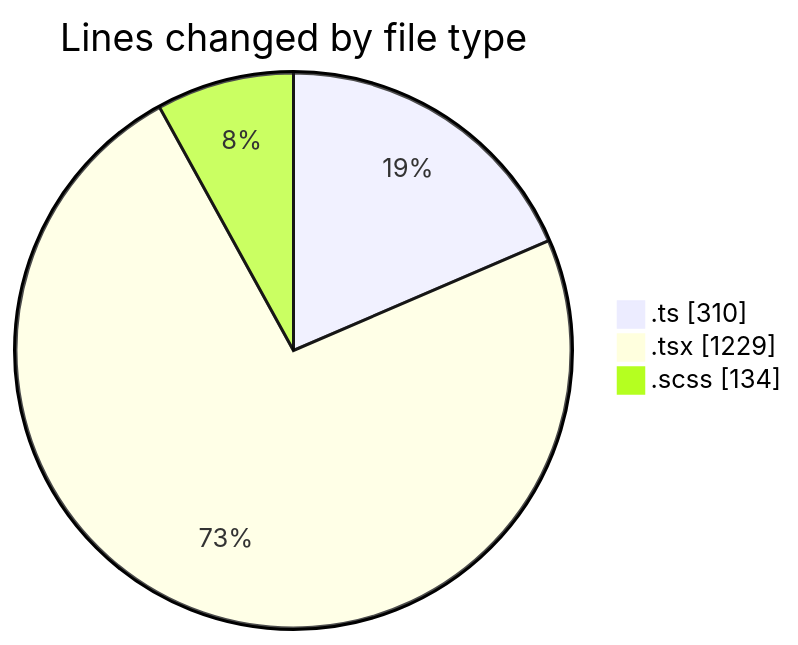
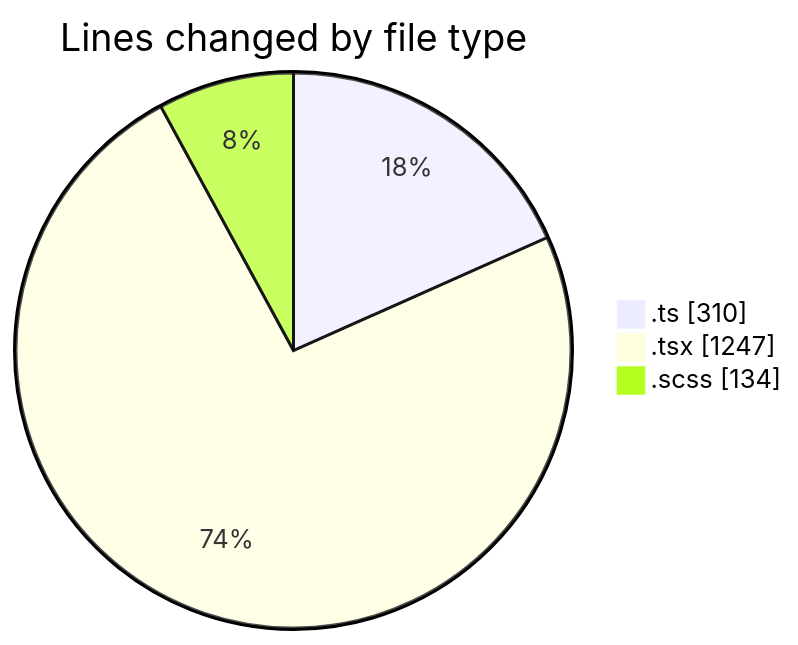
One commit to momahboobian/code-tracking changed the first of 2 diagrams in 2026-09-09/cda/README.md. Above: the diagram before and after it, drawn with Mermaid. The commit also changed other lines of this file and 1 other file, not shown here.

````diff
--- a/2026-09-09/cda/README.md
+++ b/2026-09-09/cda/README.md
@@ -34,7 +34,7 @@
 ```mermaid
 pie showData
 title Lines changed by file type
 ".ts" : 310
-".tsx" : 1229
+".tsx" : 1247
 ".scss" : 134
 ```
````
